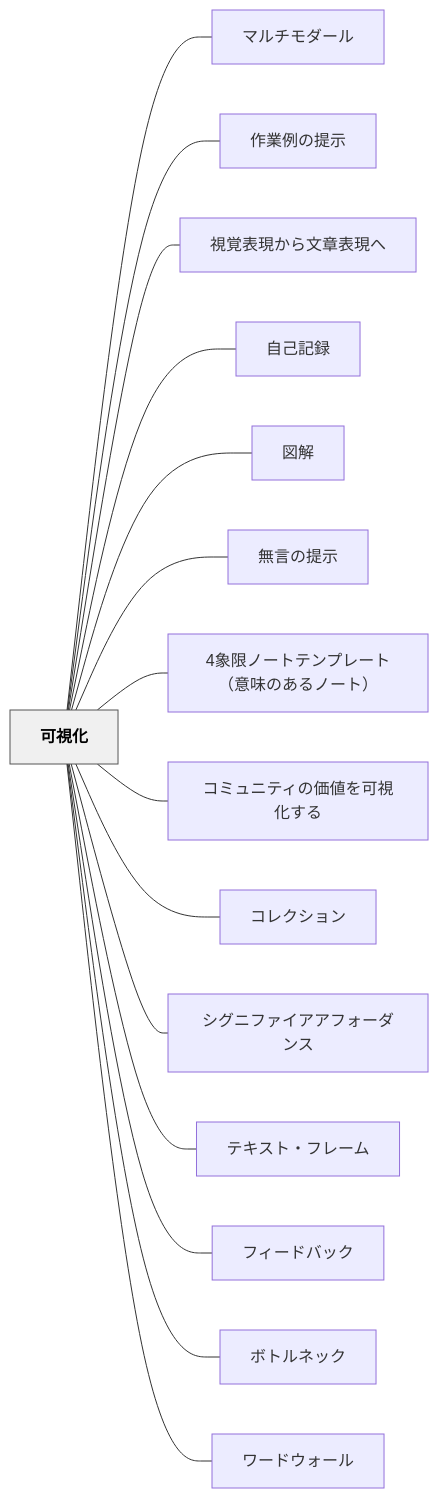
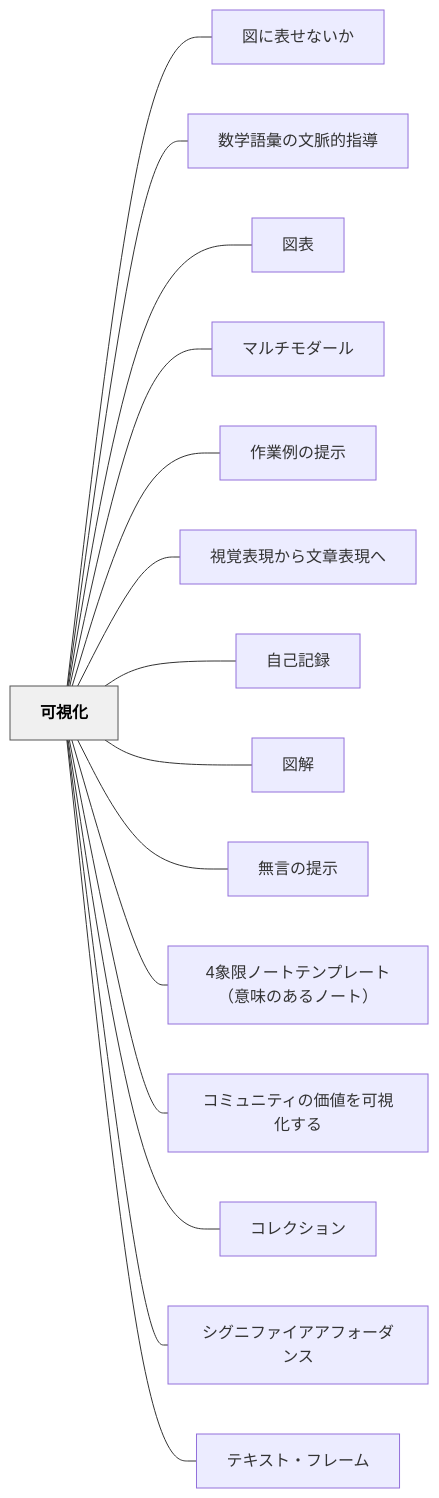
Before and after one commit to unknownthings-ed-patterns/unknownthings-ed-patterns: the diagram in content/パタン/可視化.md, drawn with Mermaid. The commit also changed other lines of this file and 47 other files, not shown here.

````diff
--- a/content/パタン/可視化.md
+++ b/content/パタン/可視化.md
@@ -276,36 +300,36 @@
 ```mermaid
 flowchart LR
     ne58fafe8a696["可視化"]
+    ne59bb3e381ab["図に表せないか"]
+    ne695b0e5ada6["数学語彙の文脈的指導"]
+    ne59bb3e8a1a8["図表"]
     ne3839ee383ab["マルチモダール"]
     ne4bd9ce6a5ad["作業例の提示"]
     ne8a696e8a69a["視覚表現から文章表現へ"]
     ne887aae5b7b1["自己記録"]
     ne59bb3e8a7a3["図解"]
     ne784a1e8a880["無言の提示"]
     n34e8b1a1e999["4象限ノートテンプレート（意味のあるノート）"]
     ne382b3e3839f["コミュニティの価値を可視化する"]
     ne382b3e383ac["コレクション"]
     ne382b7e382b0["シグニファイアアフォーダンス"]
     ne38386e382ad["テキスト・フレーム"]
-    ne38395e382a3["フィードバック"]
-    ne3839ce38388["ボトルネック"]
-    ne383afe383bc["ワードウォール"]
 
+    ne58fafe8a696 --- ne59bb3e381ab
+    ne58fafe8a696 --- ne695b0e5ada6
+    ne58fafe8a696 --- ne59bb3e8a1a8
     ne58fafe8a696 --- ne3839ee383ab
     ne58fafe8a696 --- ne4bd9ce6a5ad
     ne58fafe8a696 --- ne8a696e8a69a
     ne58fafe8a696 --- ne887aae5b7b1
     ne58fafe8a696 --- ne59bb3e8a7a3
     ne58fafe8a696 --- ne784a1e8a880
     ne58fafe8a696 --- n34e8b1a1e999
     ne58fafe8a696 --- ne382b3e3839f
     ne58fafe8a696 --- ne382b3e383ac
     ne58fafe8a696 --- ne382b7e382b0
     ne58fafe8a696 --- ne38386e382ad
-    ne58fafe8a696 --- ne38395e382a3
-    ne58fafe8a696 --- ne3839ce38388
-    ne58fafe8a696 --- ne383afe383bc
 
     classDef hub fill:#f0f0f0,stroke:#555,color:#000,font-weight:bold
     class ne58fafe8a696 hub
 ```
````
